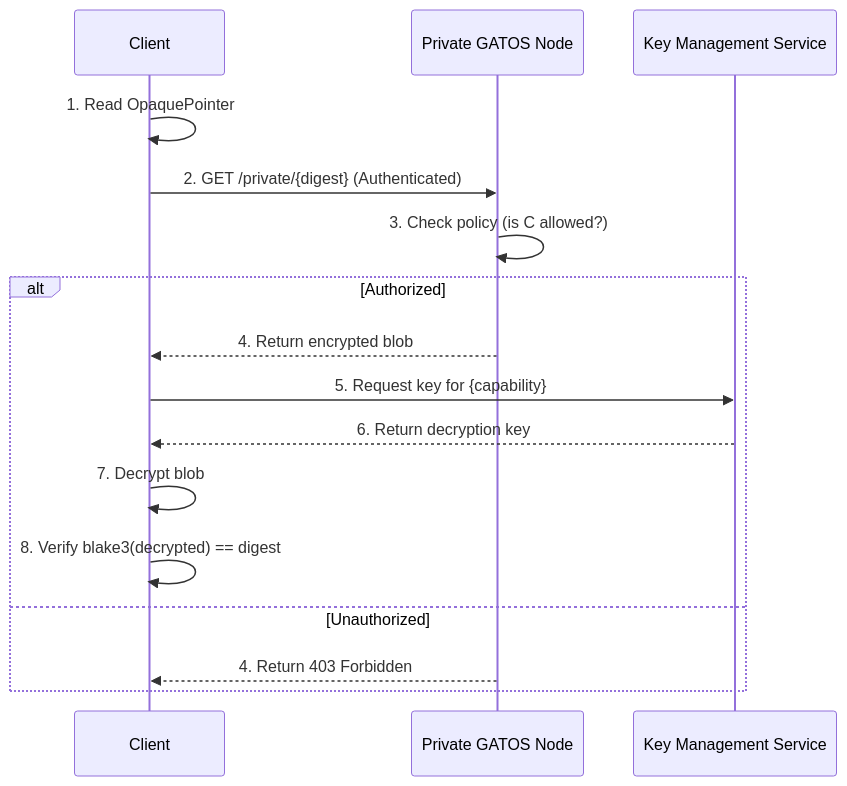
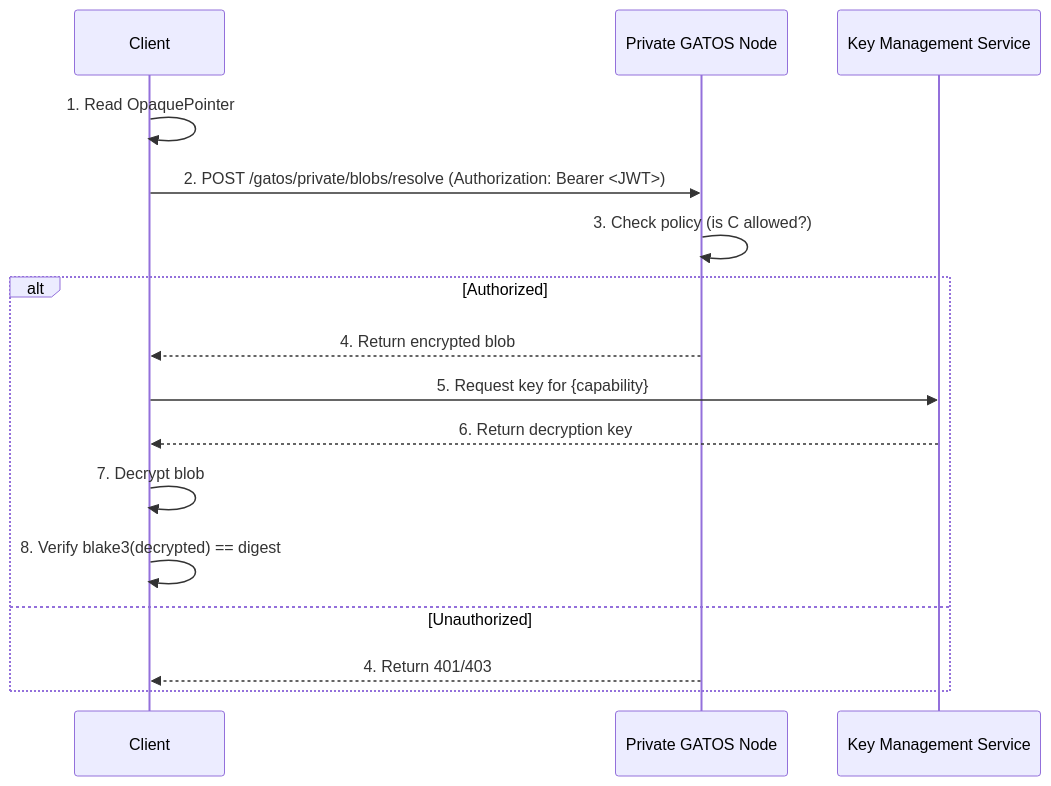
The fourth of 4 diagrams in docs/decisions/ADR-0004/DECISION.md (flyingrobots/gatos), drawn with Mermaid before and after one commit. The commit also changed other lines of this file and 13 other files, not shown here.

````diff
--- a/docs/decisions/ADR-0004/DECISION.md
+++ b/docs/decisions/ADR-0004/DECISION.md
@@ -158,19 +182,19 @@
 ```mermaid
 sequenceDiagram
     participant C as Client
     participant PN as Private GATOS Node
     participant KMS as Key Management Service
 
     C->>C: 1. Read OpaquePointer
-    C->>PN: 2. GET /private/{digest} (Authenticated)
+    C->>PN: 2. POST /gatos/private/blobs/resolve (Authorization: Bearer <JWT>)
     PN->>PN: 3. Check policy (is C allowed?)
     alt Authorized
         PN-->>C: 4. Return encrypted blob
         C->>KMS: 5. Request key for {capability}
         KMS-->>C: 6. Return decryption key
         C->>C: 7. Decrypt blob
         C->>C: 8. Verify blake3(decrypted) == digest
     else Unauthorized
-        PN-->>C: 4. Return 403 Forbidden
+        PN-->>C: 4. Return 401/403
     end
 ```
````
